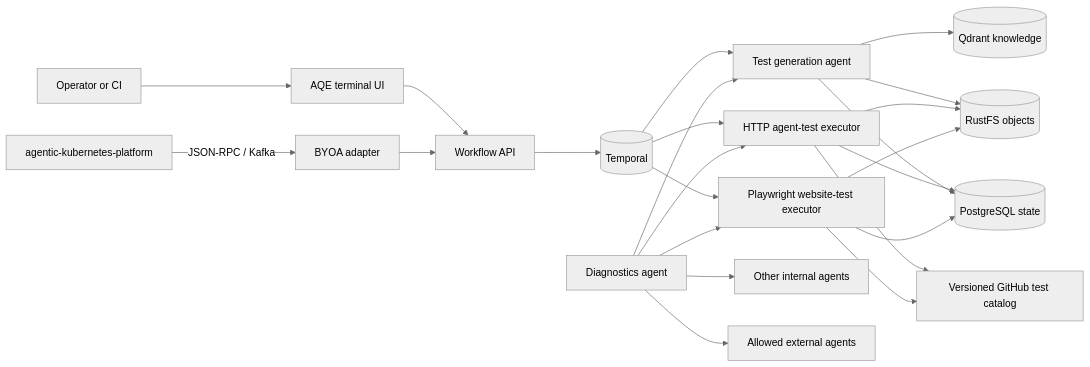
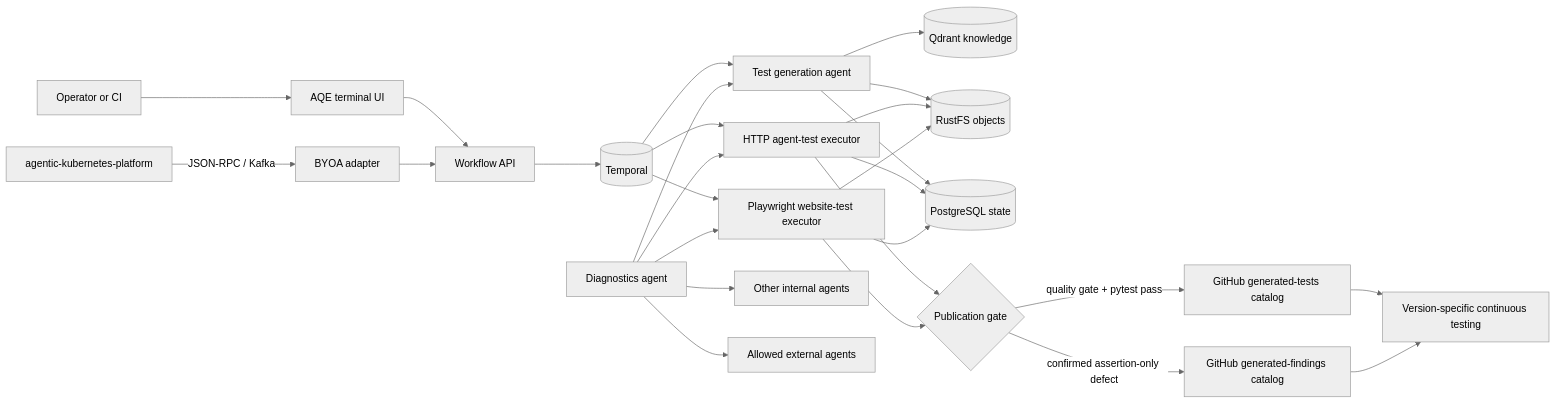
The first of 15 diagrams in docs/architecture.md (sqe/AQE), drawn with Mermaid (neutral theme) before and after one commit. The commit also changed other lines of this file and 1 other file, not shown here.

````diff
--- a/docs/architecture.md
+++ b/docs/architecture.md
@@ -10,25 +10,29 @@
 ```mermaid
 flowchart LR
     Operator[Operator or CI] --> UI[AQE terminal UI]
     Platform[agentic-kubernetes-platform] -->|JSON-RPC / Kafka| BYOA[BYOA adapter]
     UI --> WorkflowAPI[Workflow API]
     BYOA --> WorkflowAPI
     WorkflowAPI --> Temporal[(Temporal)]
     Temporal --> Generator[Test generation agent]
     Temporal --> AgentExecutor[HTTP agent-test executor]
     Temporal --> WebExecutor[Playwright website-test executor]
     Diagnostics[Diagnostics agent] --> Generator
     Diagnostics --> AgentExecutor
     Diagnostics --> WebExecutor
     Diagnostics --> Internal[Other internal agents]
     Diagnostics --> External[Allowed external agents]
     Generator --> Qdrant[(Qdrant knowledge)]
     Generator --> RustFS[(RustFS objects)]
     AgentExecutor --> RustFS
     WebExecutor --> RustFS
     Generator --> PostgreSQL[(PostgreSQL state)]
     AgentExecutor --> PostgreSQL
     WebExecutor --> PostgreSQL
-    AgentExecutor --> Catalog[Versioned GitHub test catalog]
-    WebExecutor --> Catalog
+    AgentExecutor --> Promotion{Publication gate}
+    WebExecutor --> Promotion
+    Promotion -->|quality gate + pytest pass| GreenCatalog[GitHub generated-tests catalog]
+    Promotion -->|confirmed assertion-only defect| FindingCatalog[GitHub generated-findings catalog]
+    GreenCatalog --> CT[Version-specific continuous testing]
+    FindingCatalog --> CT
 ```
````
